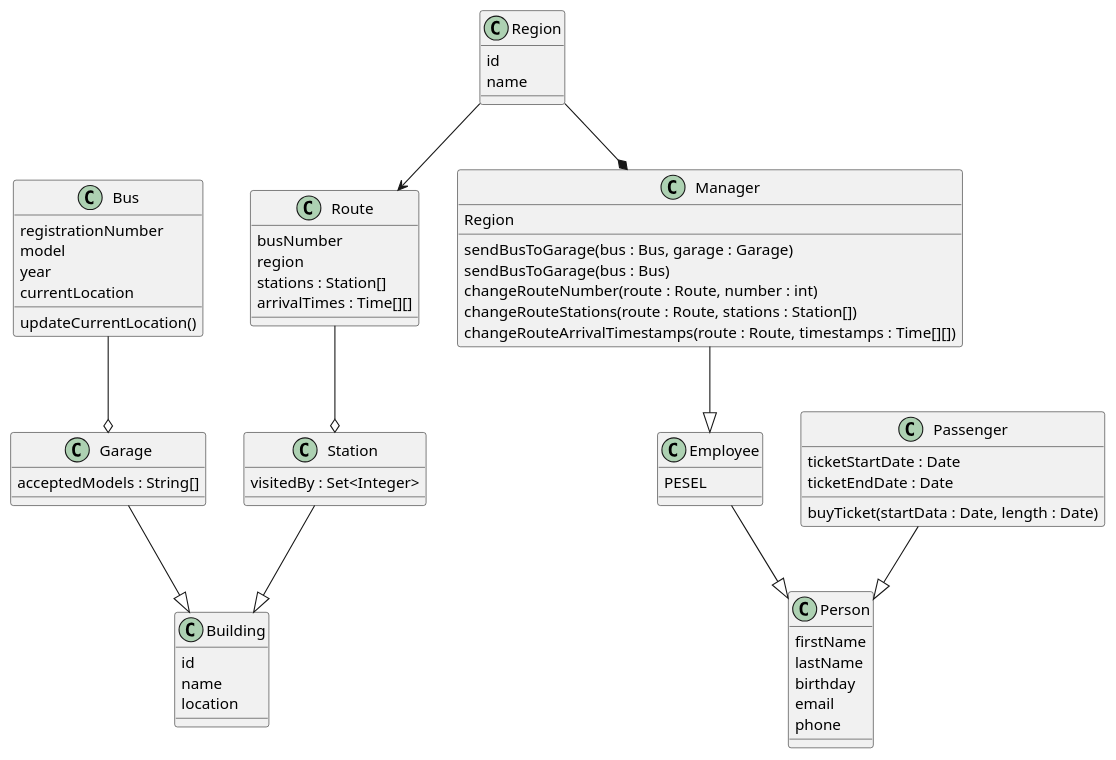
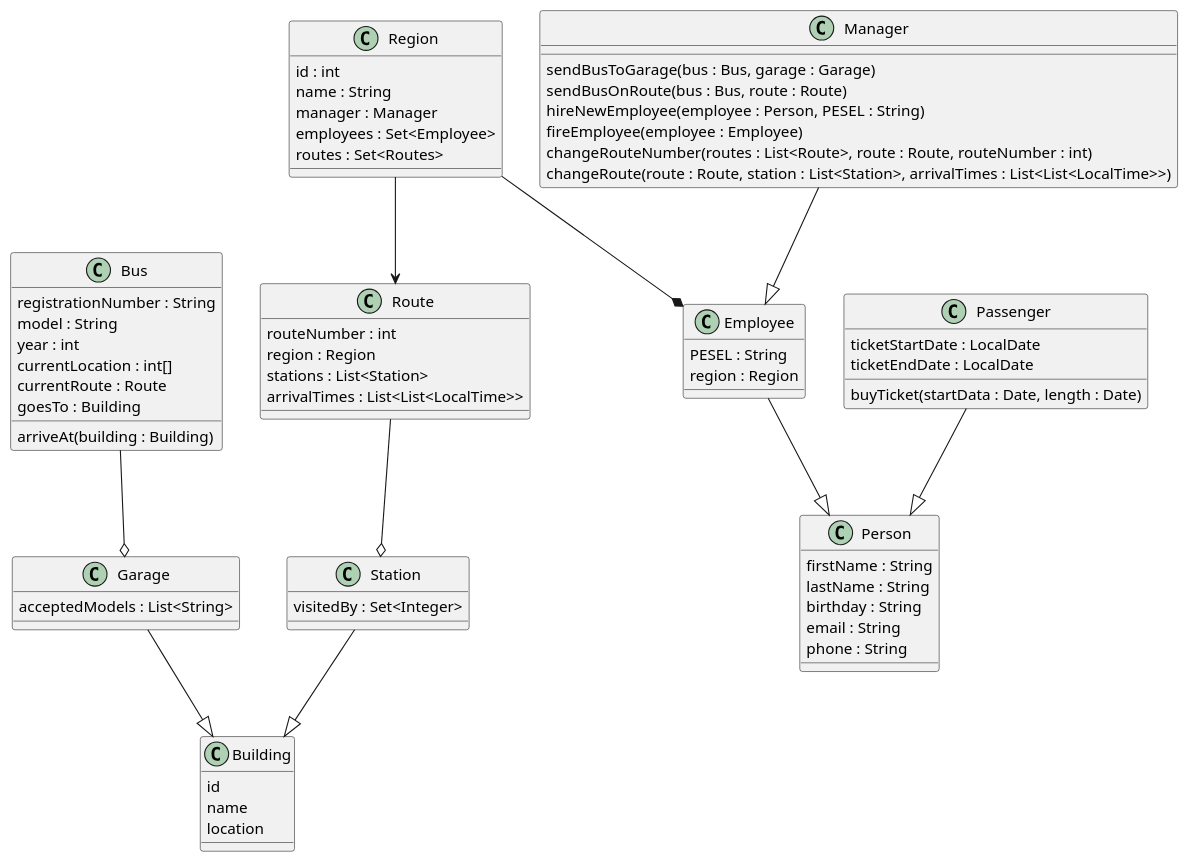
The diagram in uml/classes.plantuml (codesomehax/mpk), drawn with PlantUML before and after one commit. The commit also changed 15 other files, not shown here.

```diff
--- a/uml/classes.plantuml
+++ b/uml/classes.plantuml
@@ -1,82 +1,87 @@
 @startuml classes
 
 class Bus {
-    registrationNumber
-    model
-    year
-    currentLocation
+    registrationNumber : String
+    model : String
+    year : int
+    currentLocation : int[]
+    currentRoute : Route
+    goesTo : Building
 
-    updateCurrentLocation()
+    arriveAt(building : Building)
 }
 
 class Building {
     id
     name
     location
 }
 
 class Station {
     visitedBy : Set<Integer>
 }
 
 class Garage {
-    acceptedModels : String[]
+    acceptedModels : List<String>
 }
 
 class Route {
-    busNumber
-    region
-    stations : Station[]
-    arrivalTimes : Time[][]
+    routeNumber : int
+    region : Region
+    stations : List<Station>
+    arrivalTimes : List<List<LocalTime>>
 }
 
 class Region {
-    id
-    name
+    id : int
+    name : String
+    manager : Manager
+    employees : Set<Employee>
+    routes : Set<Routes>
 }
 
 class Person {
-    firstName
-    lastName
-    birthday
-    email
-    phone
+    firstName : String
+    lastName : String
+    birthday : String
+    email : String
+    phone : String
 }
 
 class Passenger {
-    ticketStartDate : Date
-    ticketEndDate : Date
+    ticketStartDate : LocalDate
+    ticketEndDate : LocalDate
 
     buyTicket(startData : Date, length : Date)
 }
 
 class Employee {
-    PESEL
+    PESEL : String
+    region : Region
 }
 
 class Manager {
-    Region
-
     sendBusToGarage(bus : Bus, garage : Garage)
-    sendBusToGarage(bus : Bus)
-    changeRouteNumber(route : Route, number : int)
-    changeRouteStations(route : Route, stations : Station[])
-    changeRouteArrivalTimestamps(route : Route, timestamps : Time[][])
+    sendBusOnRoute(bus : Bus, route : Route)
+    hireNewEmployee(employee : Person, PESEL : String)
+    fireEmployee(employee : Employee)
+    changeRouteNumber(routes : List<Route>, route : Route, routeNumber : int)
+    changeRoute(route : Route, station : List<Station>, arrivalTimes : List<List<LocalTime>>)
 }
 
 Passenger --|> Person
 Employee --|> Person
 Manager --|> Employee
 
 Station --|> Building
 Garage --|> Building
 Bus --o Garage
 
 Route --o Station
 Region --> Route
-Region --* Manager
+Region --* Employee
 
 
 
 
 @enduml
```
